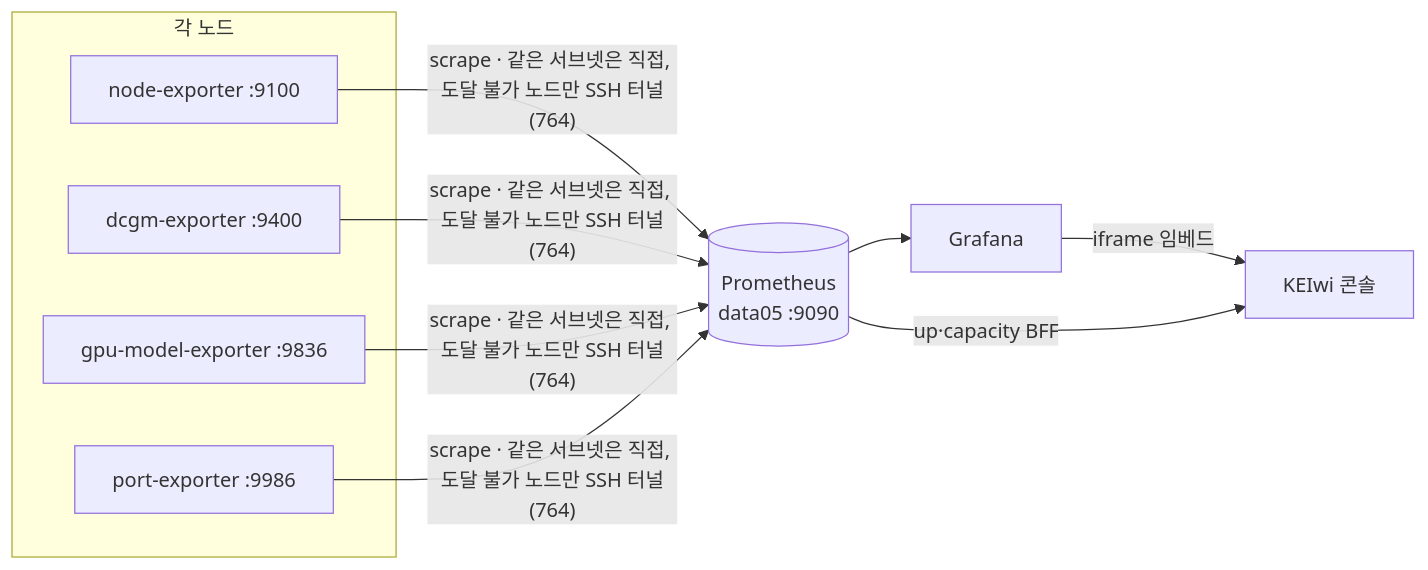
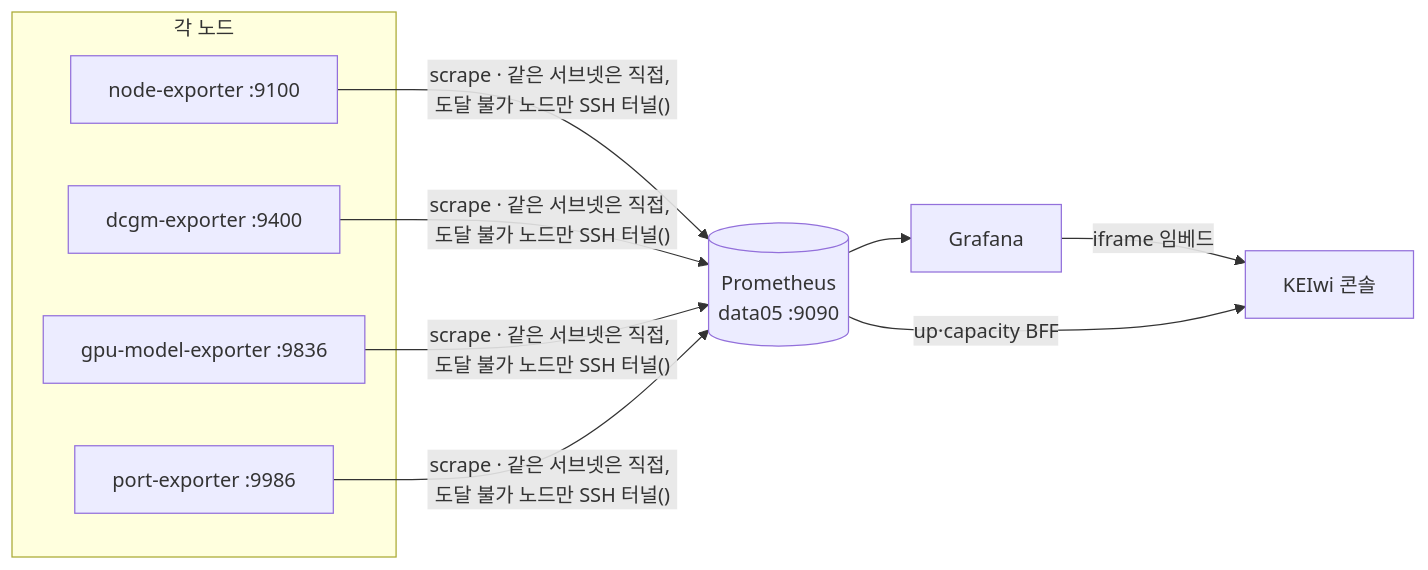
The diagram in infra/monitoring/README.md (mooner92/KEIwi), drawn with Mermaid before and after one commit. The commit also changed other lines of this file and 45 other files, not shown here.

````diff
--- a/infra/monitoring/README.md
+++ b/infra/monitoring/README.md
@@ -11,12 +11,12 @@
 ```mermaid
 flowchart LR
   subgraph 각_노드["각 노드"]
     NE["node-exporter :9100"]
     DC["dcgm-exporter :9400"]
     GM["gpu-model-exporter :9836"]
     PE["port-exporter :9986"]
   end
-  NE & DC & GM & PE -->|"scrape · 같은 서브넷은 직접, 도달 불가 노드만 SSH 터널(764)"| P[("Prometheus<br/>data05 :9090")]
+  NE & DC & GM & PE -->|"scrape · 같은 서브넷은 직접, 도달 불가 노드만 SSH 터널(<SSH_PORT>)"| P[("Prometheus<br/>data05 :9090")]
   P --> G["Grafana"] -->|"iframe 임베드"| C["KEIwi 콘솔"]
   P -->|"up·capacity BFF"| C
 ```
````
